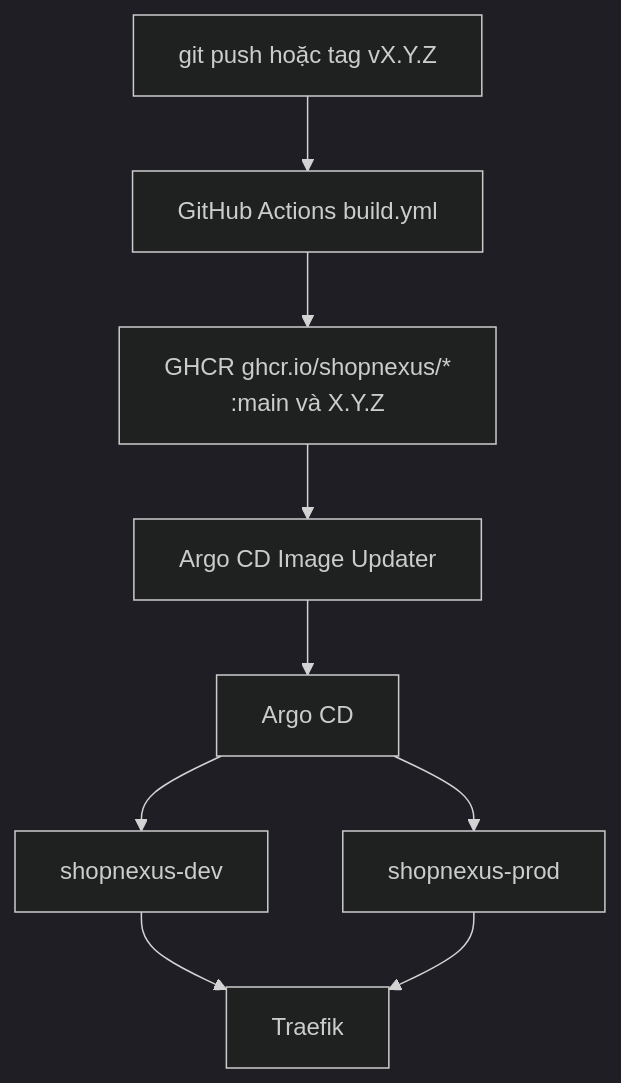
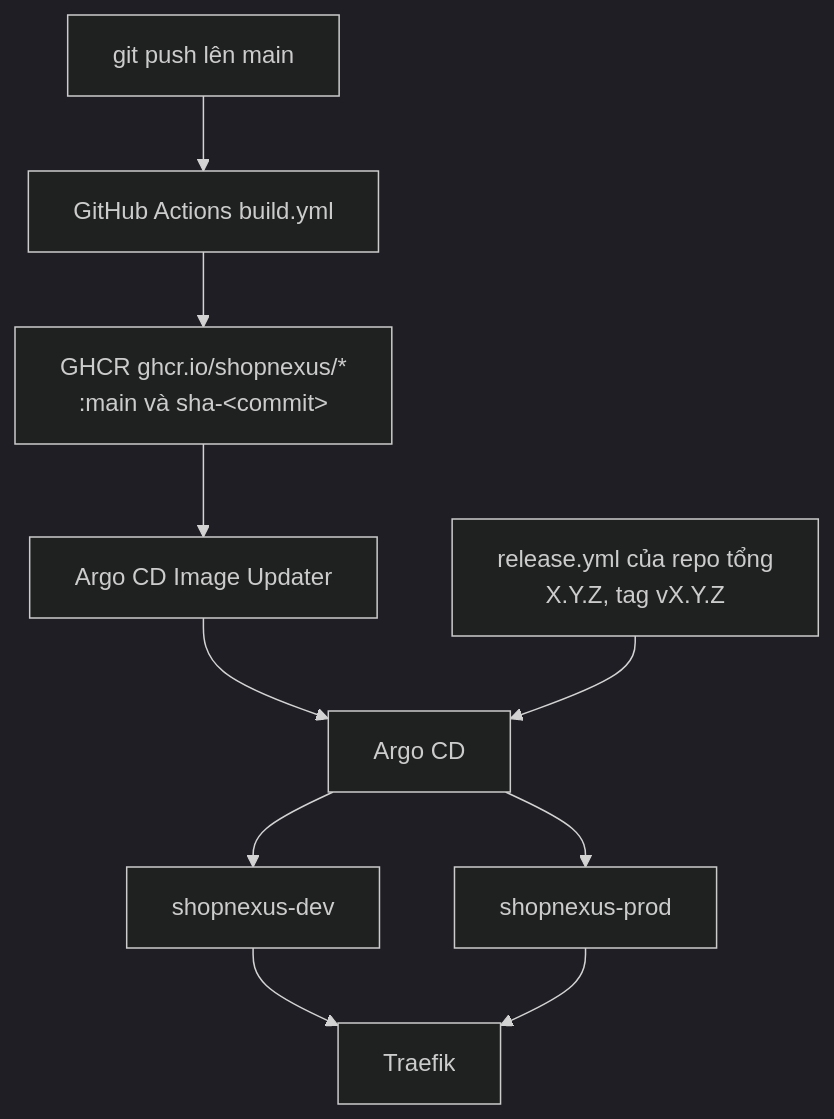
One commit to shopnexus/docs changed the diagram in web/src/content/docs/vi/operations/index.mdx. Above: the diagram before and after it, drawn with Mermaid (dark theme). The commit also changed other lines of this file and 7 other files, not shown here.

````diff
--- a/web/src/content/docs/vi/operations/index.mdx
+++ b/web/src/content/docs/vi/operations/index.mdx
@@ -27,11 +27,12 @@
 ```mermaid title="Từ git push tới pod đang chạy"
 flowchart TB
-  push[git push hoặc tag vX.Y.Z] --> ci[GitHub Actions build.yml]
-  ci --> ghcr["GHCR ghcr.io/shopnexus/*<br/>:main và X.Y.Z"]
+  push[git push lên main] --> ci[GitHub Actions build.yml]
+  ci --> ghcr["GHCR ghcr.io/shopnexus/*<br/>:main và sha-#lt;commit#gt;"]
   ghcr --> iu[Argo CD Image Updater]
   iu --> argo[Argo CD]
+  rel["release.yml của repo tổng<br/>X.Y.Z, tag vX.Y.Z"] --> argo
   argo --> devns[shopnexus-dev]
   argo --> prodns[shopnexus-prod]
   devns --> traefik[Traefik]
   prodns --> traefik
 ```
````
